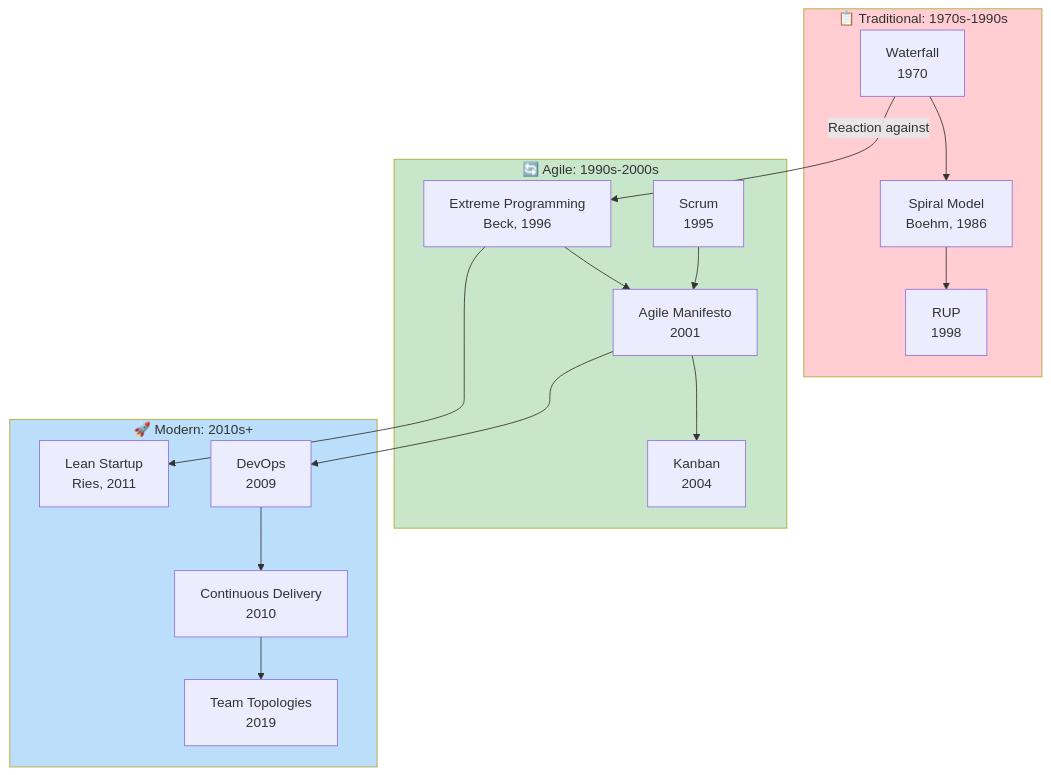
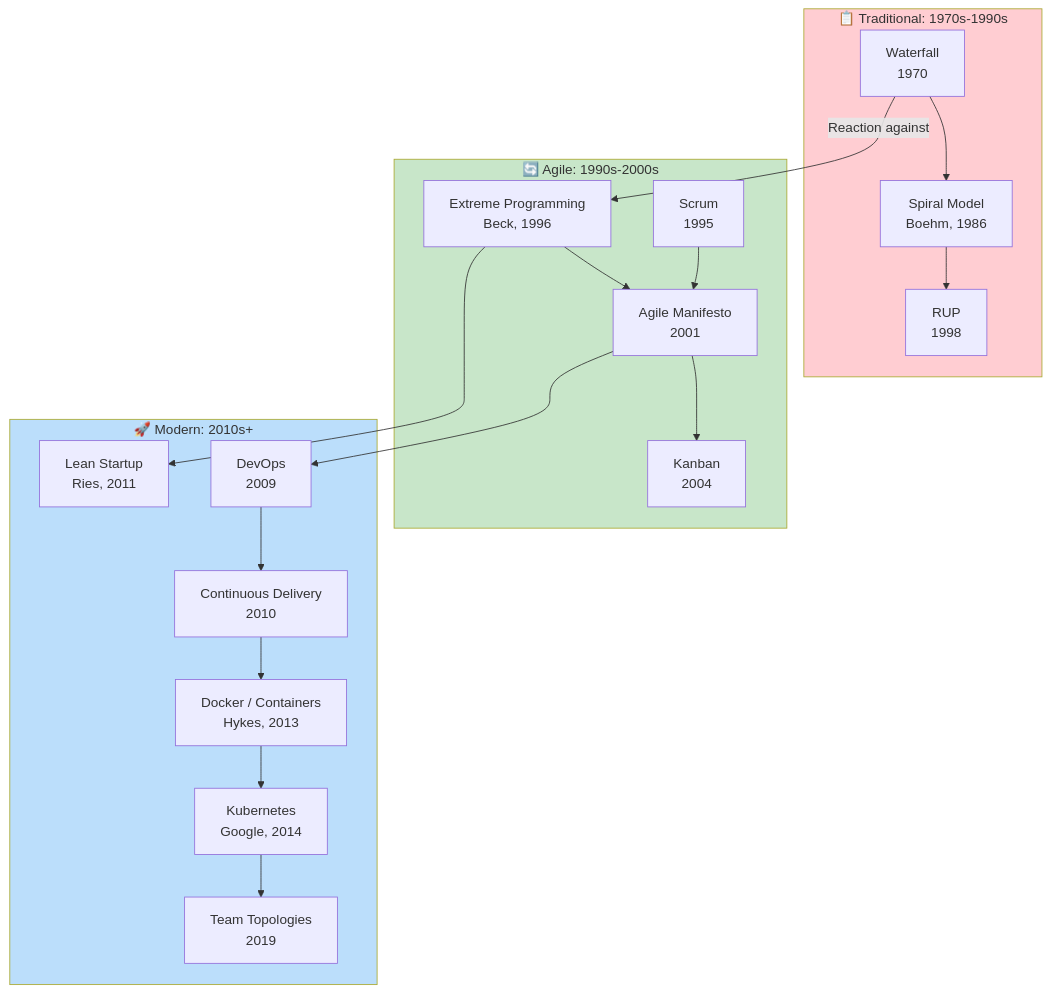
The first of 7 diagrams in docs/maps/process-map.md (akardapolov/software-atlas), drawn with Mermaid before and after one commit. The commit also changed other lines of this file and 24 other files, not shown here.

````diff
--- a/docs/maps/process-map.md
+++ b/docs/maps/process-map.md
@@ -7,37 +7,41 @@
 ```mermaid
 flowchart TD
     subgraph Traditional["📋 Traditional: 1970s-1990s"]
         Waterfall["Waterfall<br/>1970"]
         Spiral["Spiral Model<br/>Boehm, 1986"]
         RUP["RUP<br/>1998"]
     end
 
     subgraph Agile["🔄 Agile: 1990s-2000s"]
         XP["Extreme Programming<br/>Beck, 1996"]
         Scrum["Scrum<br/>1995"]
         Agile01["Agile Manifesto<br/>2001"]
         Kanban["Kanban<br/>2004"]
     end
 
     subgraph Modern["🚀 Modern: 2010s+"]
         LeanStartup["Lean Startup<br/>Ries, 2011"]
         DevOps["DevOps<br/>2009"]
         Continuous["Continuous Delivery<br/>2010"]
+        Docker["Docker / Containers<br/>Hykes, 2013"]
+        K8s["Kubernetes<br/>Google, 2014"]
         TeamTopo["Team Topologies<br/>2019"]
     end
 
     Waterfall --> Spiral
     Spiral --> RUP
     Waterfall -->|"Reaction against"| XP
     XP --> Agile01
     Scrum --> Agile01
     Agile01 --> Kanban
     Agile01 --> DevOps
     DevOps --> Continuous
-    Continuous --> TeamTopo
+    Continuous --> Docker
+    Docker --> K8s
+    K8s --> TeamTopo
     XP --> LeanStartup
 
     style Traditional fill:#ffcdd2
     style Agile fill:#c8e6c9
     style Modern fill:#bbdefb
 ```
````
